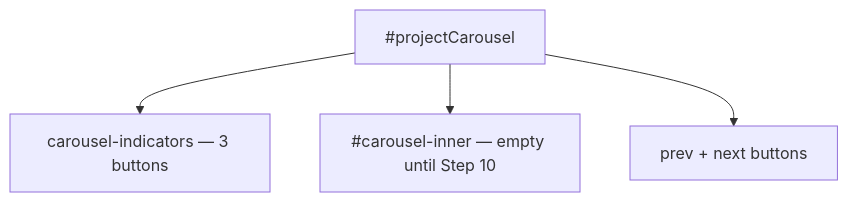
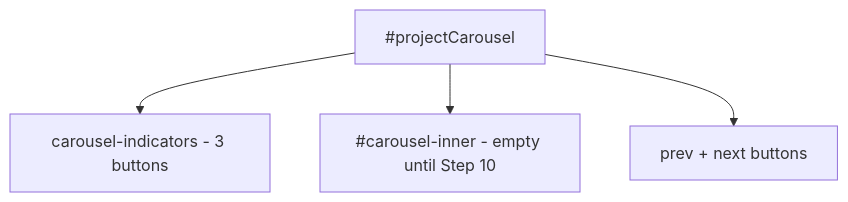
Before and after one commit to emmarthur/emmarthur.github.io: the third of 5 diagrams in BUILD-STEPS.md, drawn with Mermaid. The commit also changed other lines of this file and 3 other files, not shown here.

````diff
--- a/BUILD-STEPS.md
+++ b/BUILD-STEPS.md
@@ -469,10 +583,10 @@
 ```mermaid
 flowchart TB
   shell["#projectCarousel"]
-  dots["carousel-indicators — 3 buttons"]
-  inner["#carousel-inner — empty until Step 10"]
+  dots["carousel-indicators - 3 buttons"]
+  inner["#carousel-inner - empty until Step 10"]
   arrows["prev + next buttons"]
   shell --> dots
   shell --> inner
   shell --> arrows
 ```
````
